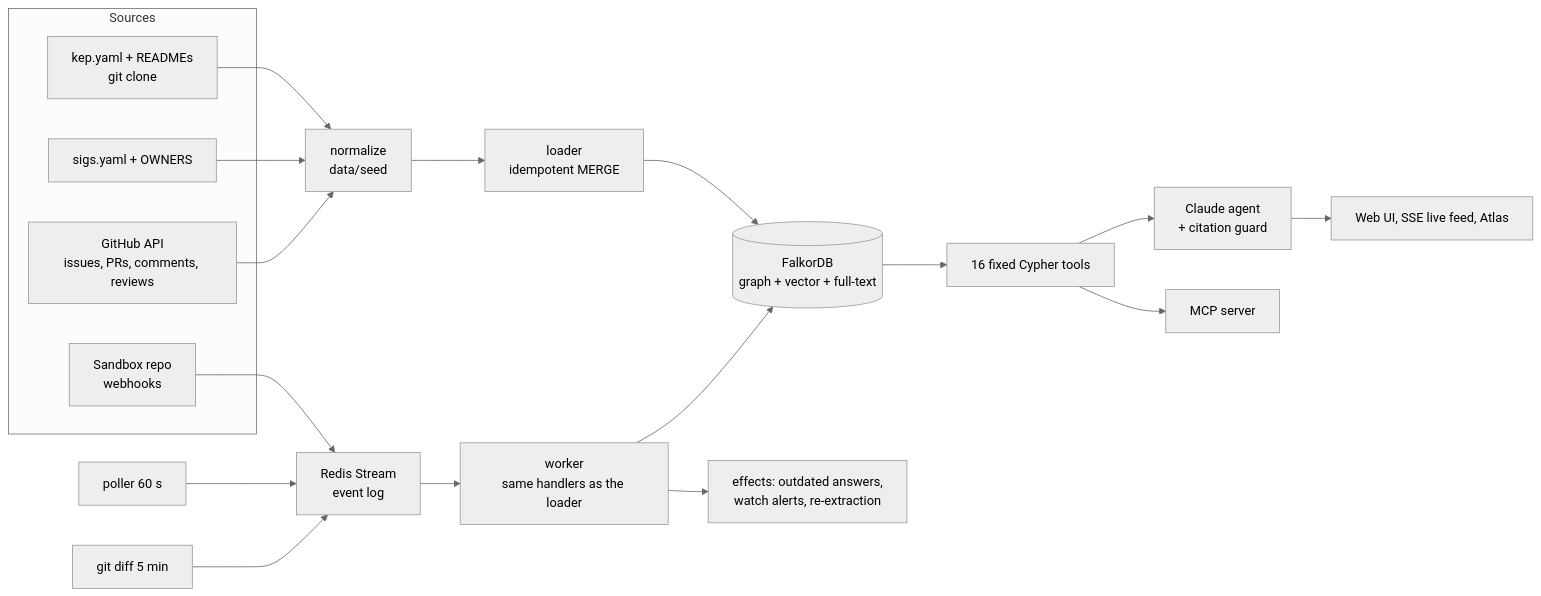
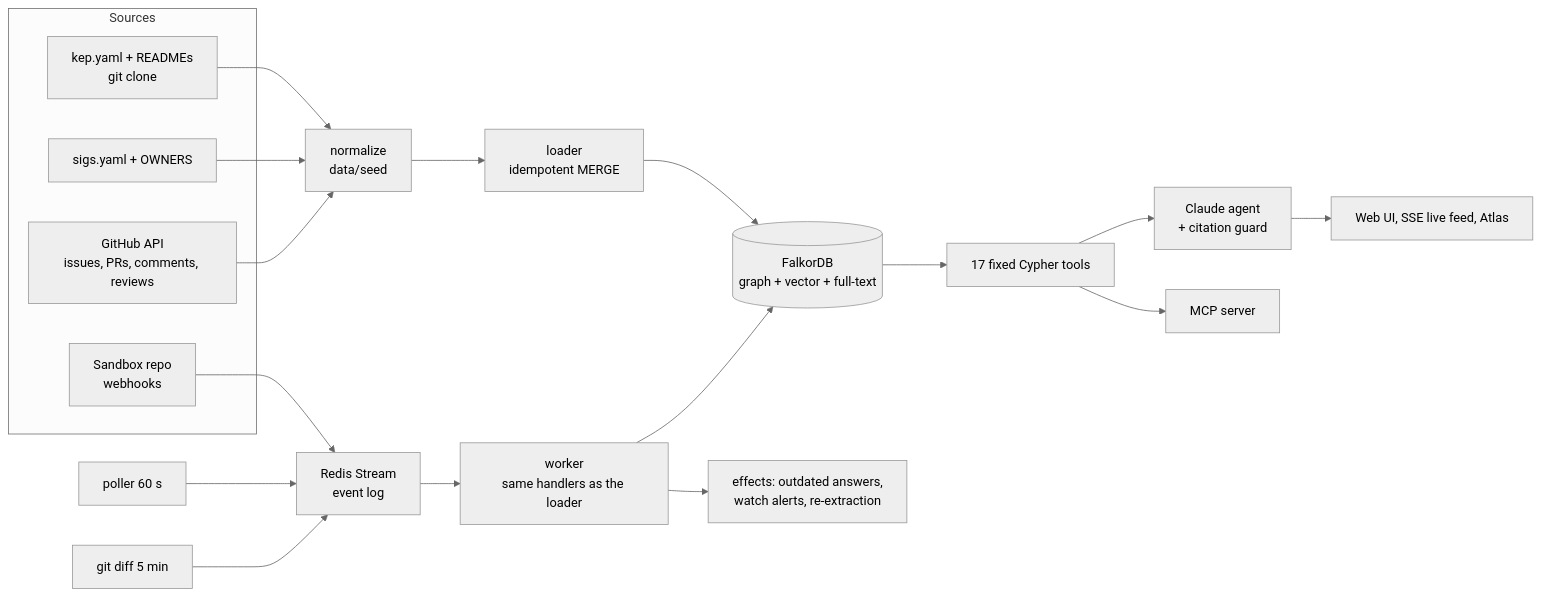
The first of 2 diagrams in README.md (bibek198/Vidur-the-secondary-brain), drawn with Mermaid (neutral theme) before and after one commit. The commit also changed other lines of this file and 20 other files, not shown here.

````diff
--- a/README.md
+++ b/README.md
@@ -62,19 +63,19 @@
 ```mermaid
 flowchart LR
   subgraph Sources
     KY[kep.yaml + READMEs<br/>git clone]
     SG[sigs.yaml + OWNERS]
     GH[GitHub API<br/>issues, PRs, comments, reviews]
     WH[Sandbox repo<br/>webhooks]
   end
   KY & SG & GH --> N[normalize<br/>data/seed]
   N --> L[loader<br/>idempotent MERGE]
   L --> F[(FalkorDB<br/>graph + vector + full-text)]
   WH & P[poller 60 s] & GD[git diff 5 min] --> S[Redis Stream<br/>event log]
   S --> W[worker<br/>same handlers as the loader] --> F
   W --> R[effects: outdated answers,<br/>watch alerts, re-extraction]
-  F --> T[16 fixed Cypher tools]
+  F --> T[17 fixed Cypher tools]
   T --> A[Claude agent<br/>+ citation guard]
   T --> M[MCP server]
   A --> U[Web UI, SSE live feed, Atlas]
 ```
````
